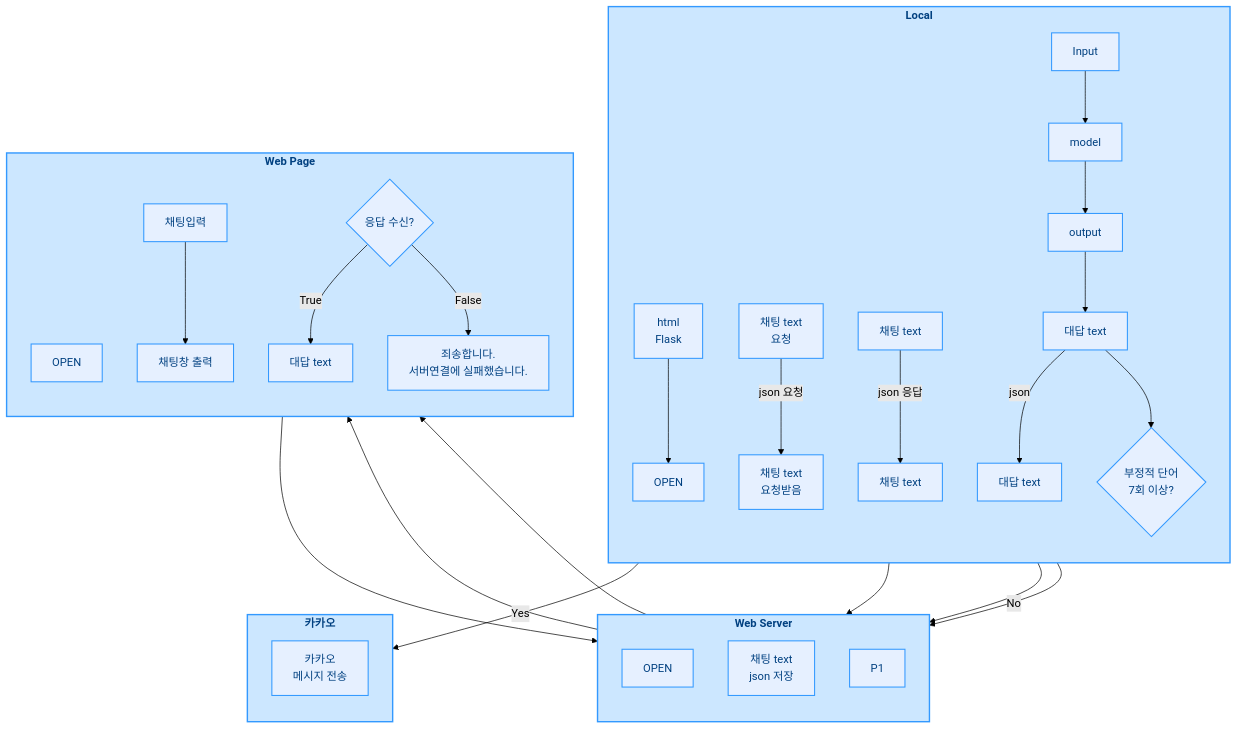
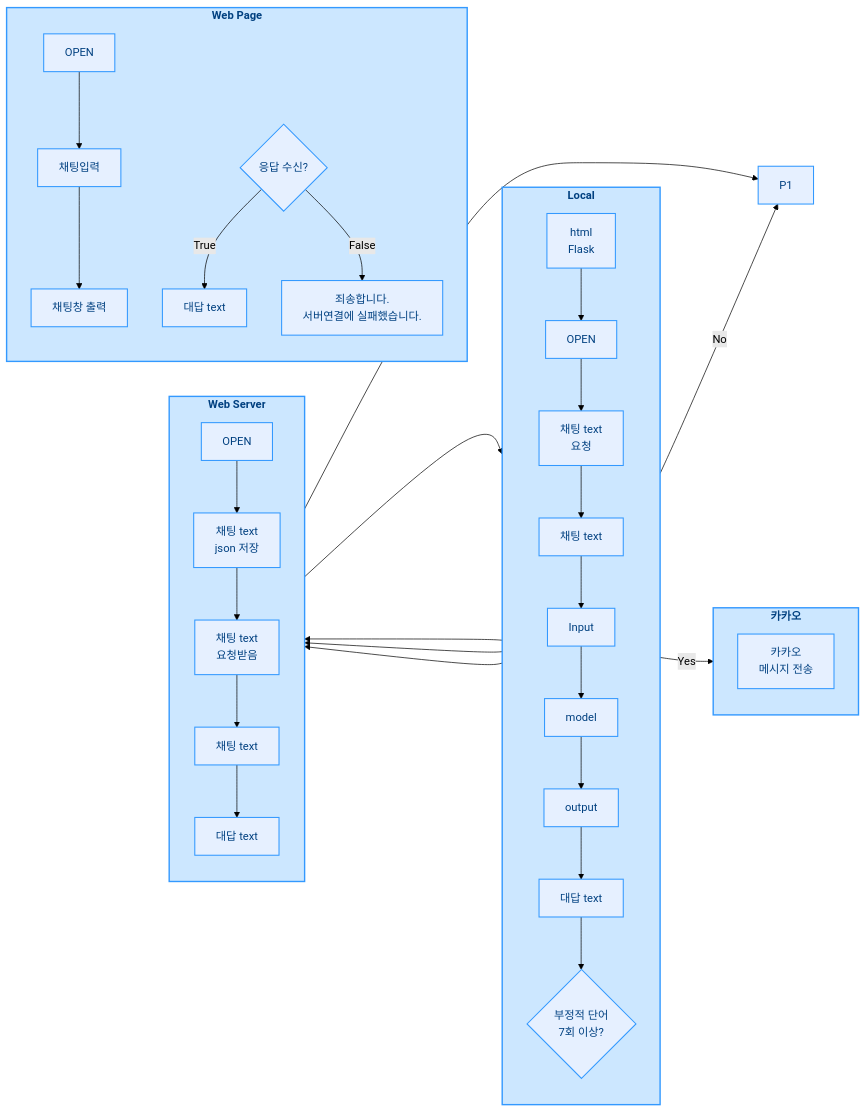
Before and after one commit to futurelee2/Chatbot-Yolov5: the diagram in README2.md, drawn with Mermaid (forest theme).

````diff
--- a/README2.md
+++ b/README2.md
@@ -1,55 +1,67 @@
 ```mermaid
-flowchart TB
-  %% 스타일 정의
+flowchart LR
+  %% 스타일 지정 (파란 하늘색 계열)
   classDef lane fill:#cce7ff,stroke:#3399ff,stroke-width:2px,color:#004080,font-weight:bold;
   classDef node fill:#e6f0ff,stroke:#3399ff,stroke-width:1.5px,color:#004080;
 
-  %% Local (첫 번째)
-  subgraph L[Local]
+  %% Local lane
+  subgraph Local["Local"]
     direction TB
-    L1["html\nFlask"]:::node --> L2[OPEN]:::node
-    L3["채팅 text\n요청"]:::node -->|json 요청| W1
-    W2["채팅 text"]:::node
-    W2 -->|json 응답| L4["채팅 text"]:::node
-    L5[Input]:::node --> L6[model]:::node --> L7[output]:::node --> L8["대답 text"]:::node
-    L8 -->|json| W3
+    L1["html\nFlask"]:::node
+    L2[OPEN]:::node
+    L3["채팅 text\n요청"]:::node
+    L4["채팅 text"]:::node
+    L5[Input]:::node
+    L6[model]:::node
+    L7[output]:::node
+    L8["대답 text"]:::node
     D1{"부정적 단어\n7회 이상?"}:::node
-    L8 --> D1
+    L1 --> L2 --> L3 --> L4 --> L5 --> L6 --> L7 --> L8 --> D1
   end
-  class L lane;
+  class Local lane;
 
-  %% Web Server (두 번째)
-  subgraph W[Web Server]
+  %% Web Server lane
+  subgraph WebServer["Web Server"]
     direction TB
     W0[OPEN]:::node
     W4["채팅 text\njson 저장"]:::node
     W1["채팅 text\n요청받음"]:::node
-    W3["대답 text"]:::node --> P1
+    W2["채팅 text"]:::node
+    W3["대답 text"]:::node
+    W0 --> W4 --> W1 --> W2 --> W3
   end
-  class W lane;
+  class WebServer lane;
 
-  %% Web Page (세 번째)
-  subgraph P[Web Page]
+  %% Web Page lane
+  subgraph WebPage["Web Page"]
     direction TB
     P0[OPEN]:::node
-    P2[채팅입력]:::node --> P3[채팅창 출력]:::node --> W4
-    P1 --> C{"응답 수신?"}:::node
-    C -->|True| P4["대답 text"]:::node
-    C -->|False| P5["죄송합니다.\n서버연결에 실패했습니다."]:::node
+    P2[채팅입력]:::node
+    P3[채팅창 출력]:::node
+    P4["대답 text"]:::node
+    P5["죄송합니다.\n서버연결에 실패했습니다."]:::node
+    C{"응답 수신?"}:::node
+    P0 --> P2 --> P3
+    C -->|True| P4
+    C -->|False| P5
   end
-  class P lane;
+  class WebPage lane;
 
-  %% Kakao (마지막)
-  subgraph K[카카오]
-    direction TB
-    K1["카카오\n메시지 전송"]:::node
-  end
-  class K lane;
+  %% 컬럼 간 흐름 연결 (좌->우)
+  L2 --> W0
+  L3 --> W1
+  W3 --> P1
+  L8 --> W3
+  W2 --> L4
 
-  %% 흐름 연결 순서대로 세로로
-  L2 --> W0
-  W0 --> P0
-  D1 -->|Yes| K1
+  D1 -->|Yes| K1["카카오\n메시지 전송"]:::node
   D1 -->|No| P1
 
+  %% Kakao 별도
+  subgraph Kakao["카카오"]
+    direction TB
+    K1
+  end
+  class Kakao lane;
+
 ```
````
